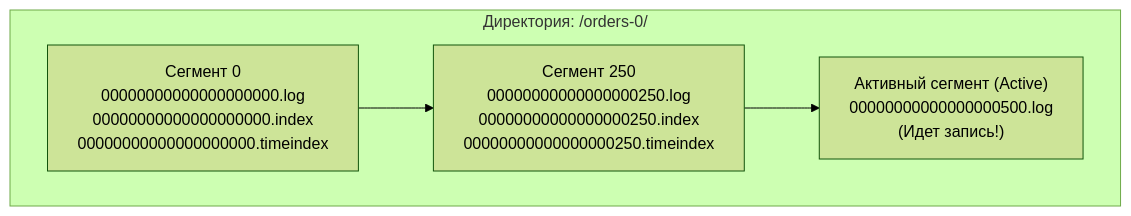
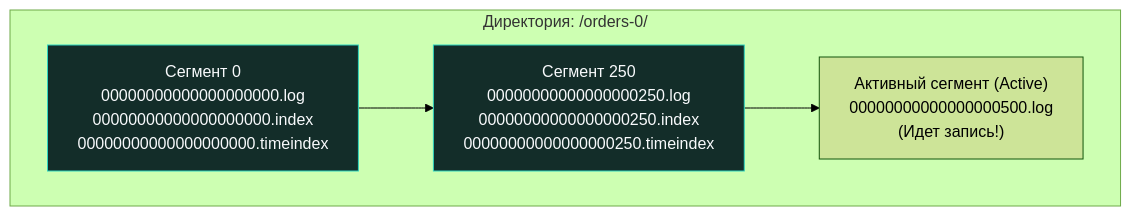
Before and after one commit to UnrealTemplier/go-textbook: the first of 5 diagrams in sources/13. Очереди, брокеры сообщений и оркестраторы/03. Kafka/7. Kafka storage под капотом.md, drawn with Mermaid (forest theme). The commit also changed other lines of this file and 1666 other files, not shown here.

First line of the commit message:
feat(mermaid): add semantic color classDef to 1369 colorless flowchart/graph diagrams

````diff
--- a/sources/13. Очереди, брокеры сообщений и оркестраторы/03. Kafka/7. Kafka storage под капотом.md
+++ b/sources/13. Очереди, брокеры сообщений и оркестраторы/03. Kafka/7. Kafka storage под капотом.md
@@ -51,11 +51,21 @@
 ```mermaid
 flowchart LR
+    classDef process  fill:#1e293b,stroke:#38bdf8,stroke-width:1px,color:#f8fafc
+    classDef success  fill:#064e3b,stroke:#34d399,stroke-width:1px,color:#f8fafc
+    classDef error    fill:#7f1d1d,stroke:#f87171,stroke-width:1px,color:#f8fafc
+    classDef warning  fill:#78350f,stroke:#fbbf24,stroke-width:1px,color:#f8fafc
+    classDef entry    fill:#1e3a5f,stroke:#38bdf8,stroke-width:2px,color:#f8fafc
+    classDef aux      fill:#334155,stroke:#64748b,stroke-width:1px,color:#f8fafc
+    classDef system   fill:#312e81,stroke:#a78bfa,stroke-width:1px,color:#f8fafc
+    classDef data     fill:#132d29,stroke:#2dd4bf,stroke-width:1px,color:#f8fafc
+    classDef network  fill:#881337,stroke:#fb7185,stroke-width:1px,color:#f8fafc
+    classDef accent   fill:#1e1b4b,stroke:#818cf8,stroke-width:1px,color:#f8fafc
     subgraph PartitionDir["Директория: /orders-0/"]
         direction LR
-        S1["Сегмент 0<br>00000000000000000000.log<br>00000000000000000000.index<br>00000000000000000000.timeindex"]
-        S2["Сегмент 250<br>00000000000000000250.log<br>00000000000000000250.index<br>00000000000000000250.timeindex"]
+        S1["Сегмент 0<br>00000000000000000000.log<br>00000000000000000000.index<br>00000000000000000000.timeindex"]:::data
+        S2["Сегмент 250<br>00000000000000000250.log<br>00000000000000000250.index<br>00000000000000000250.timeindex"]:::data
         S3["Активный сегмент (Active)<br>00000000000000000500.log<br>(Идет запись!)"]
     end
 
     S1 --> S2 --> S3
 ```
````
